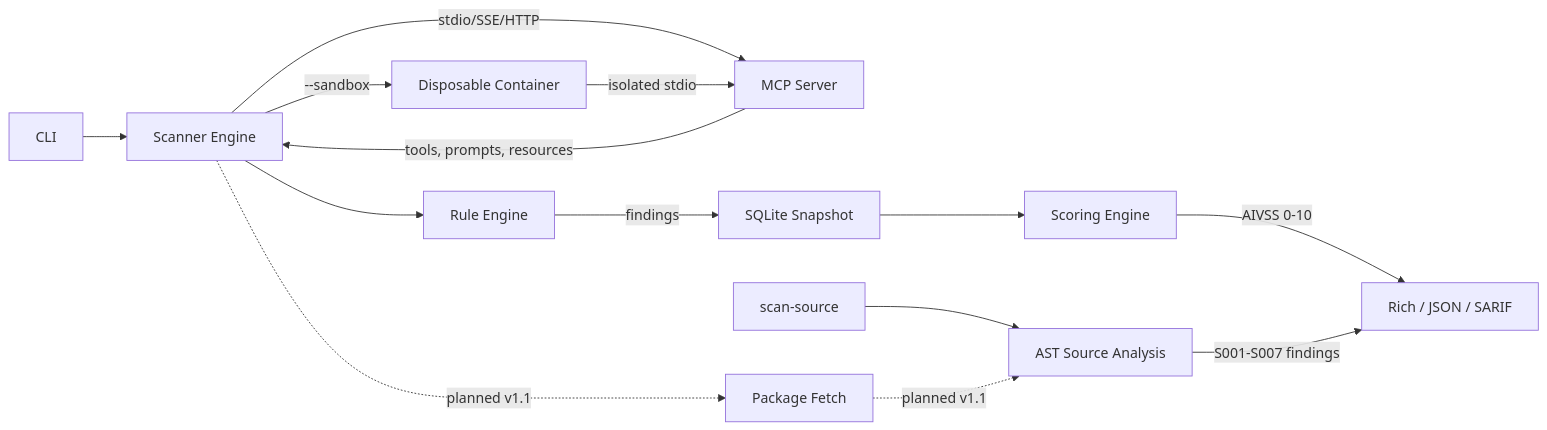
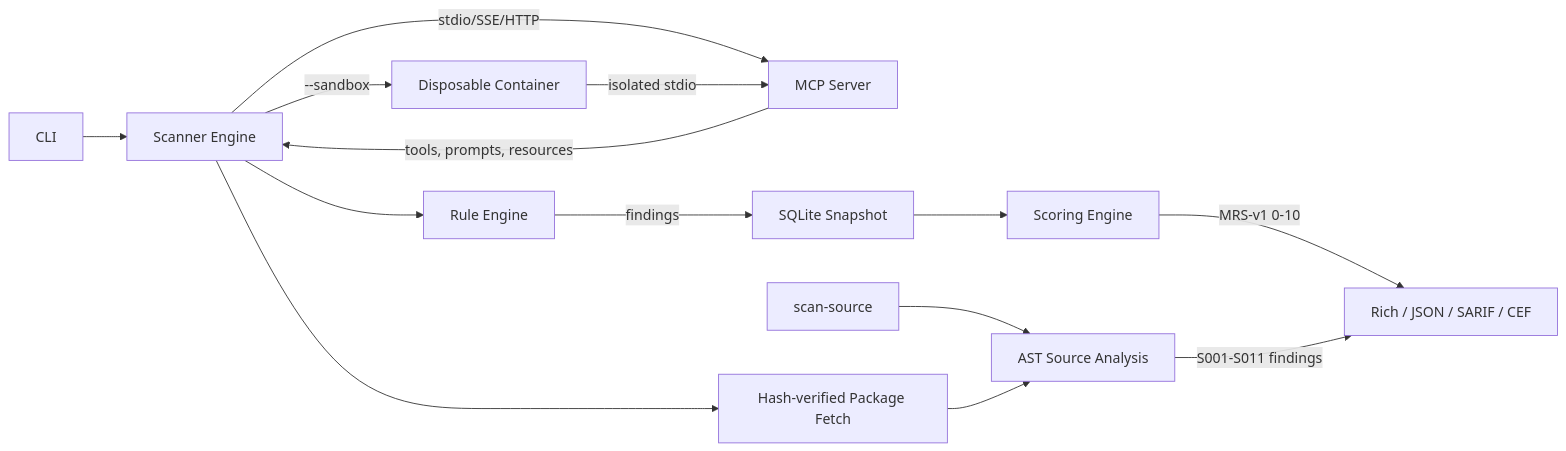
The diagram in README.md (yatuk/mcpradar), drawn with Mermaid before and after one commit. The commit also changed other lines of this file and 405 other files, not shown here.

````diff
--- a/README.md
+++ b/README.md
@@ -131,16 +132,16 @@
 ```mermaid
 graph LR
     A[CLI] --> B[Scanner Engine]
     B -->|stdio/SSE/HTTP| C[MCP Server]
     C -->|tools, prompts, resources| B
     B --> D[Rule Engine]
     D -->|findings| E[SQLite Snapshot]
     E --> F[Scoring Engine]
-    F -->|AIVSS 0-10| G[Rich / JSON / SARIF]
+    F -->|MRS-v1 0-10| G[Rich / JSON / SARIF / CEF]
     B -->|--sandbox| H[Disposable Container]
     H -->|isolated stdio| C
     A2[scan-source] --> S[AST Source Analysis]
-    S -->|S001-S007 findings| G
-    B -.->|planned v1.1| P[Package Fetch]
-    P -.->|planned v1.1| S
+    S -->|S001-S011 findings| G
+    B --> P[Hash-verified Package Fetch]
+    P --> S
 ```
````
